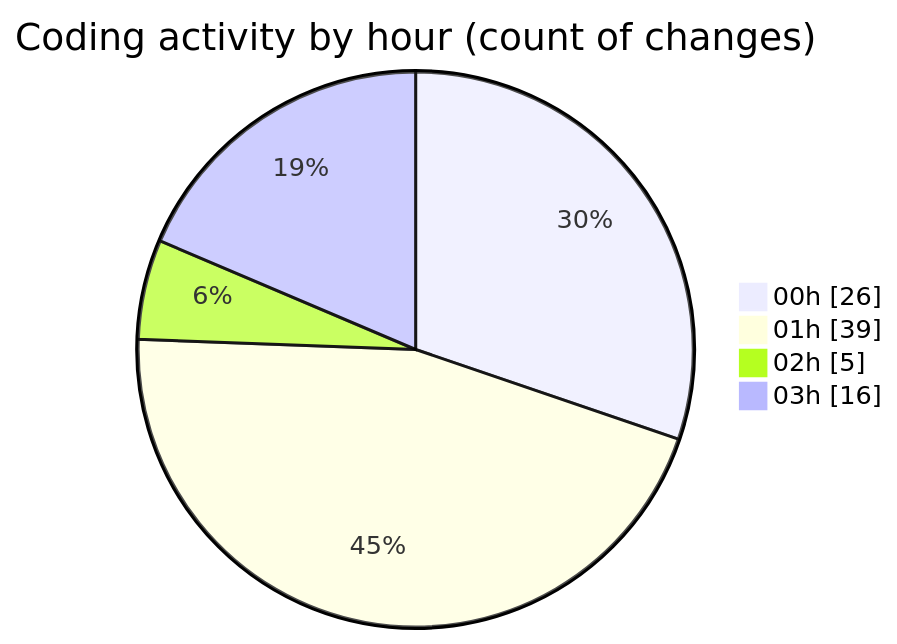
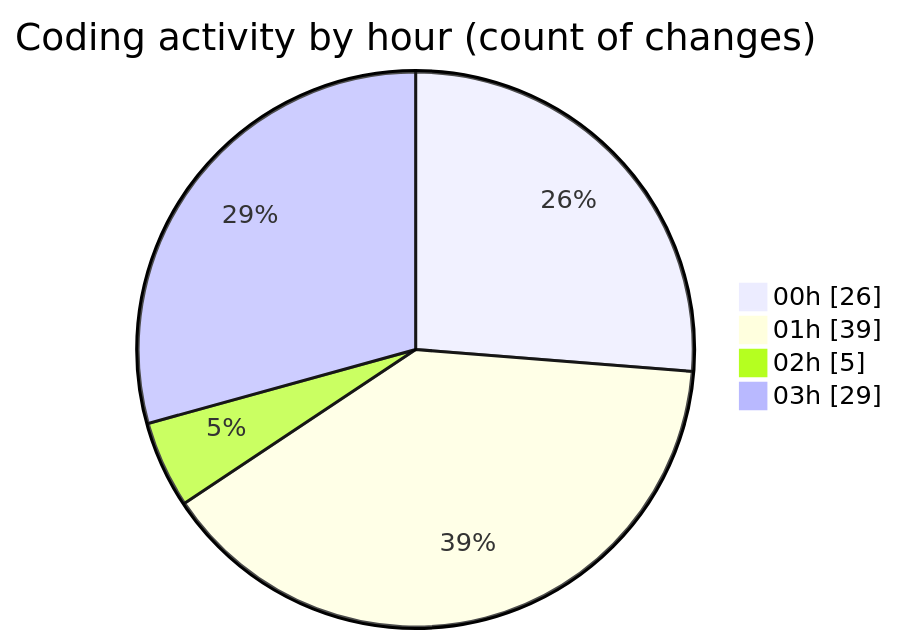
The second of 2 diagrams in 2025-08-17/rentotp/README.md (lephambinh05/code-tracking), drawn with Mermaid before and after one commit. The commit also changed other lines of this file and 1 other file, not shown here.

````diff
--- a/2025-08-17/rentotp/README.md
+++ b/2025-08-17/rentotp/README.md
@@ -56,8 +57,8 @@
 ```mermaid
 pie showData
 title Coding activity by hour (count of changes)
 "00h" : 26
 "01h" : 39
 "02h" : 5
-"03h" : 16
+"03h" : 29
 ```
````
